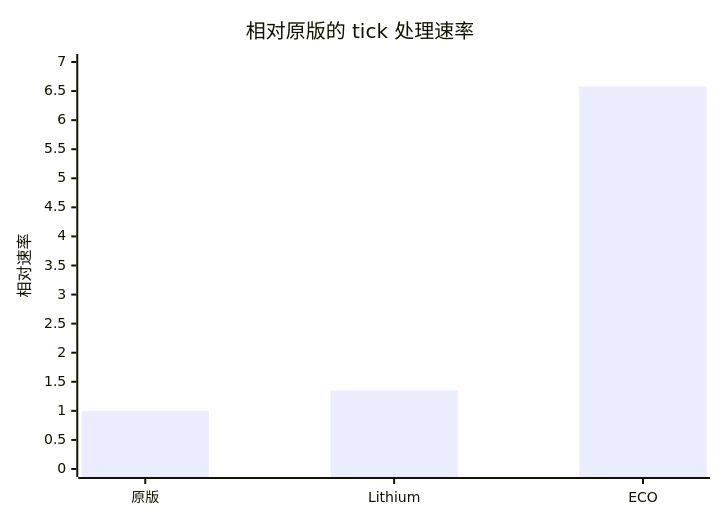
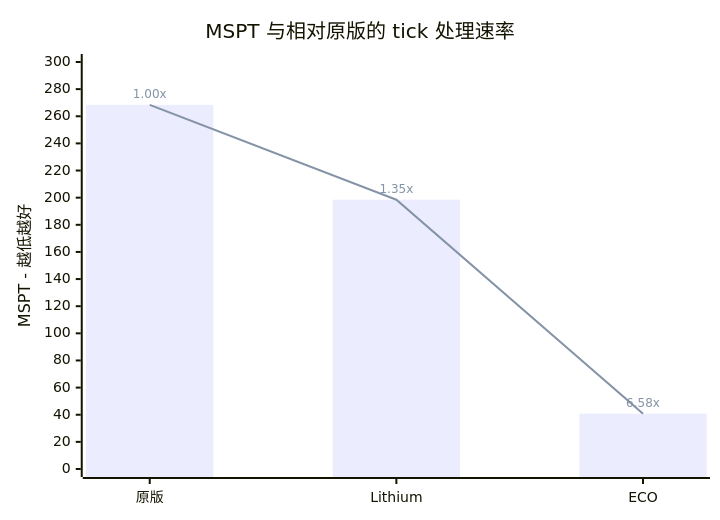
Before and after one commit to water2004/EntityCollisionOptimizer: the diagram in README_zh.md, drawn with Mermaid. The commit also changed other lines of this file and 1 other file, not shown here.

Commit message:
docs: refine benchmark presentation

````diff
--- a/README_zh.md
+++ b/README_zh.md
@@ -27,7 +25,8 @@
 ```mermaid
 xychart-beta
-    title "相对原版的 tick 处理速率"
+    title "MSPT 与相对原版的 tick 处理速率"
     x-axis ["原版", "Lithium", "ECO"]
-    y-axis "相对速率" 0 --> 7
-    bar [1.00, 1.35, 6.58]
+    y-axis "MSPT - 越低越好" 0 --> 300
+    bar [268.4, 198.5, 40.8]
+    line [268.4 "1.00x", 198.5 "1.35x", 40.8 "6.58x"]
 ```
````
